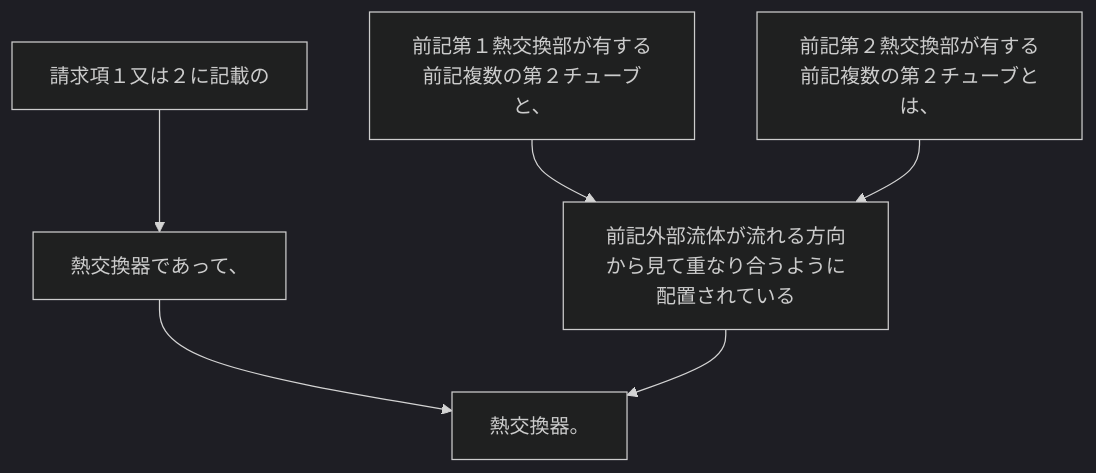
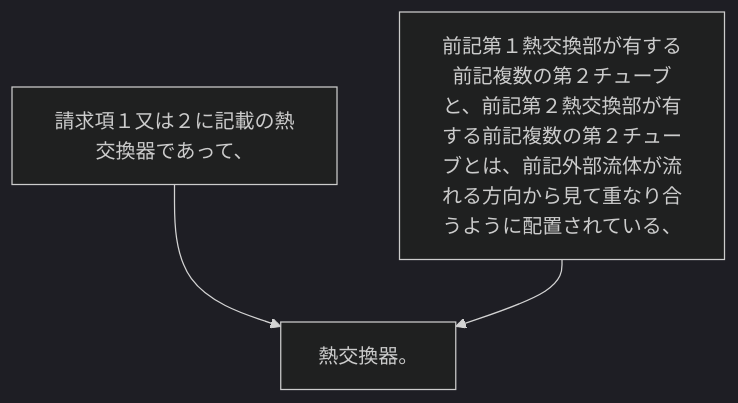
Before and after one commit to shinmori55/patent_analyzed: the diagram in 2024/JP2024007944A/claim_6/claim_6_graph.md, drawn with Mermaid (dark theme). The commit also changed 3332 other files, not shown here.

````diff
--- a/2024/JP2024007944A/claim_6/claim_6_graph.md
+++ b/2024/JP2024007944A/claim_6/claim_6_graph.md
@@ -1,14 +1,8 @@
 ```mermaid
 flowchart TD
-A[請求項１又は２に記載の]
-B[熱交換器であって、]
-C[前記第１熱交換部が有する前記複数の第２チューブと、]
-D[前記第２熱交換部が有する前記複数の第２チューブとは、]
-E[前記外部流体が流れる方向から見て重なり合うように配置されている]
-F[熱交換器。]
-A --> B
-B --> F
-C --> E
-D --> E
-E --> F
+A[請求項１又は２に記載の熱交換器であって、]
+B[前記第１熱交換部が有する前記複数の第２チューブと、前記第２熱交換部が有する前記複数の第２チューブとは、前記外部流体が流れる方向から見て重なり合うように配置されている、]
+C[熱交換器。]
+A --> C
+B --> C
 ```
````
